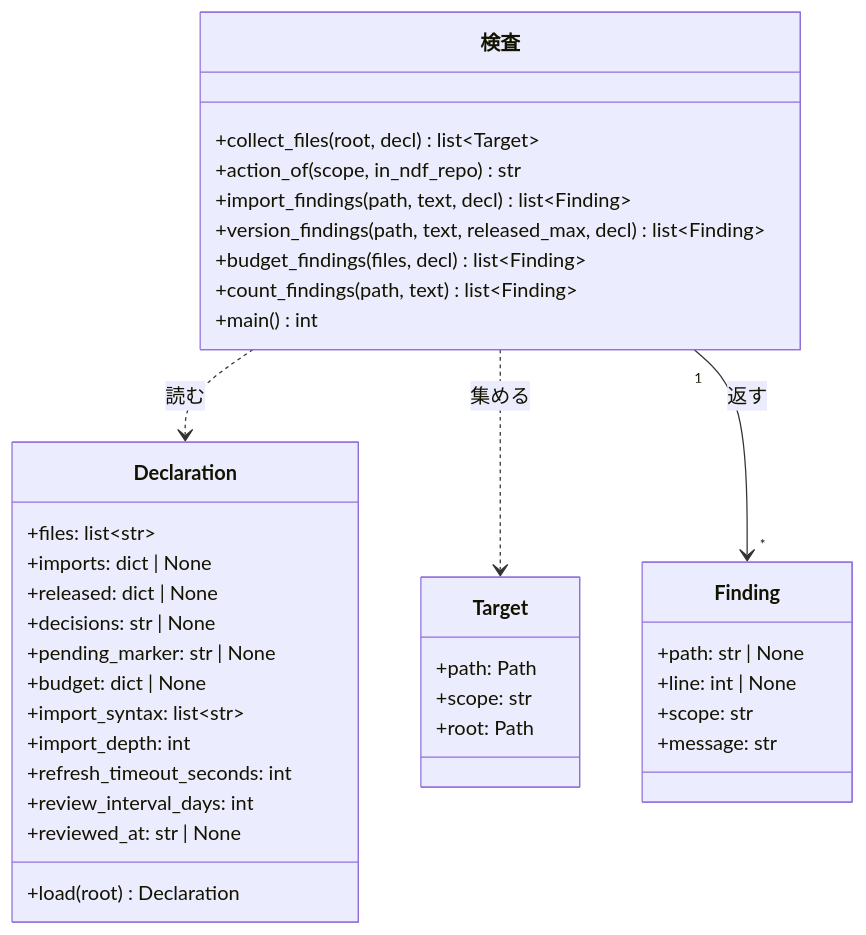
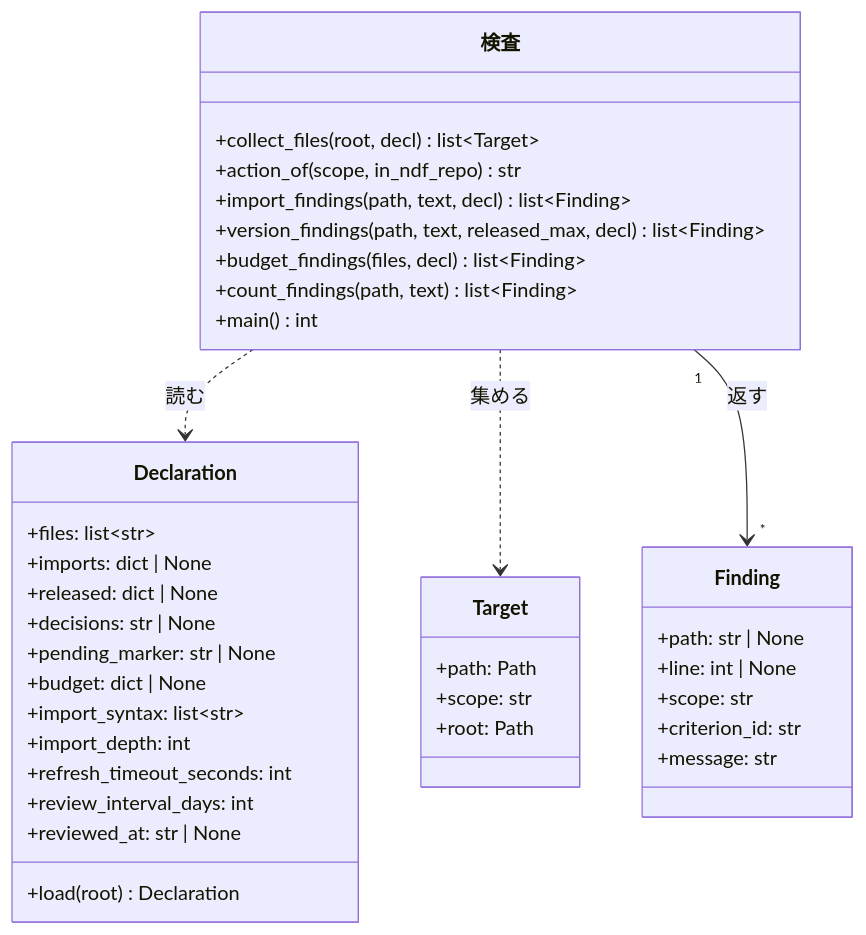
Before and after one commit to devbasex/ai-plugins: the second of 2 diagrams in issues/issue-554-design-criteria.md, drawn with Mermaid. The commit also changed other lines of this file and 4 other files, not shown here.

````diff
--- a/issues/issue-554-design-criteria.md
+++ b/issues/issue-554-design-criteria.md
@@ -246,40 +246,41 @@
 ```mermaid
 classDiagram
     class Finding {
         +path: str | None
         +line: int | None
         +scope: str
+        +criterion_id: str
         +message: str
     }
     class Declaration {
         +files: list~str~
         +imports: dict | None
         +released: dict | None
         +decisions: str | None
         +pending_marker: str | None
         +budget: dict | None
         +import_syntax: list~str~
         +import_depth: int
         +refresh_timeout_seconds: int
         +review_interval_days: int
         +reviewed_at: str | None
         +load(root) Declaration
     }
     class 検査 {
         +collect_files(root, decl) list~Target~
         +action_of(scope, in_ndf_repo) str
         +import_findings(path, text, decl) list~Finding~
         +version_findings(path, text, released_max, decl) list~Finding~
         +budget_findings(files, decl) list~Finding~
         +count_findings(path, text) list~Finding~
         +main() int
     }
     class Target {
         +path: Path
         +scope: str
         +root: Path
     }
     検査 ..> Declaration: 読む
     検査 ..> Target: 集める
     検査 "1" --> "*" Finding: 返す
 ```
````
